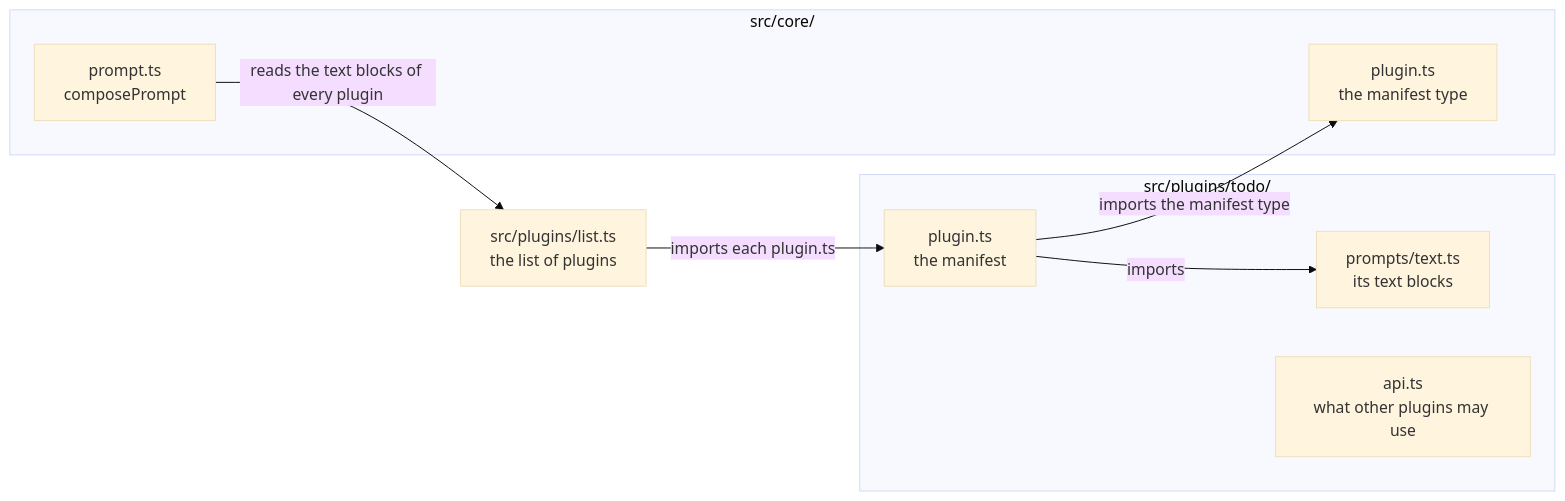
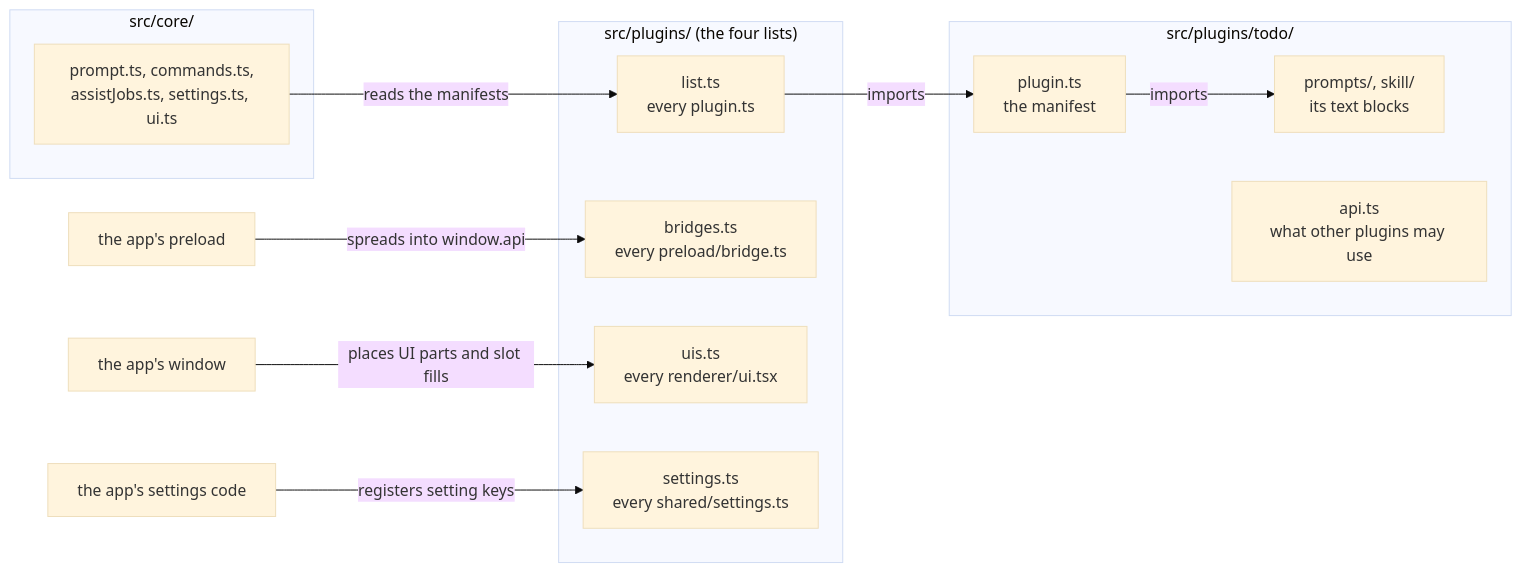
Before and after one commit to superkoh/koloft: the first of 2 diagrams in docs/plugin-format.md, drawn with Mermaid (base theme). The commit also changed other lines of this file, not shown here.

Commit message:
docs(plugins): the plugin format reference covers the registries plugins use today

````diff
--- a/docs/plugin-format.md
+++ b/docs/plugin-format.md
@@ -92,16 +116,23 @@
 ```mermaid
 flowchart LR
+  subgraph lists["src/plugins/ (the four lists)"]
+    list["list.ts<br/>every plugin.ts"]
+    bridges["bridges.ts<br/>every preload/bridge.ts"]
+    uis["uis.ts<br/>every renderer/ui.tsx"]
+    settings["settings.ts<br/>every shared/settings.ts"]
+  end
   subgraph core["src/core/"]
-    coreType["plugin.ts<br/>the manifest type"]
-    corePrompt["prompt.ts<br/>composePrompt"]
+    prompt["prompt.ts, commands.ts,<br/>assistJobs.ts, settings.ts, ui.ts"]
   end
-  corePrompt -->|reads the text blocks of every plugin| list
-  list["src/plugins/list.ts<br/>the list of plugins"] -->|imports each plugin.ts| manifest
+  prompt -->|reads the manifests| list
+  preload["the app's preload"] -->|spreads into window.api| bridges
+  window["the app's window"] -->|places UI parts and slot fills| uis
+  settingsOps["the app's settings code"] -->|registers setting keys| settings
+  list -->|imports| manifest
   subgraph plugin["src/plugins/todo/"]
     manifest["plugin.ts<br/>the manifest"]
-    text["prompts/text.ts<br/>its text blocks"]
+    text["prompts/, skill/<br/>its text blocks"]
     api["api.ts<br/>what other plugins may use"]
   end
   manifest -->|imports| text
-  manifest -->|imports the manifest type| coreType
 ```
````
